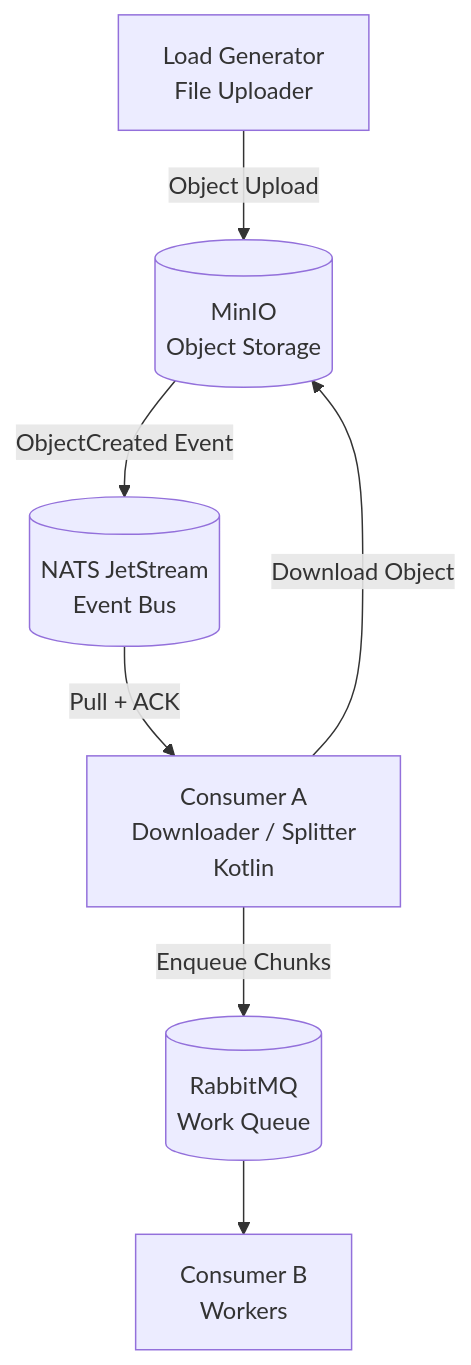
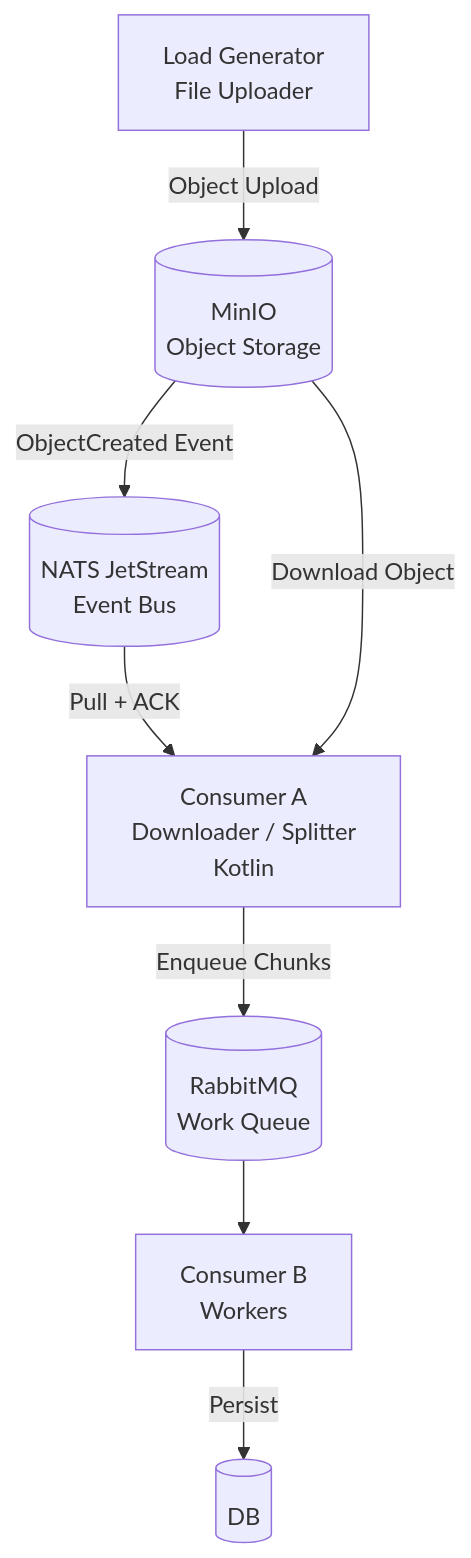
Before and after one commit to inuverse44/stock-clone: the diagram in docs/DFD.md, drawn with Mermaid. The commit also changed 1 other file, not shown here.

Commit message:
add: minio, natsの依存関係をconsumer-aに追加

````diff
--- a/docs/DFD.md
+++ b/docs/DFD.md
@@ -1,43 +1,49 @@
 ```mermaid
 flowchart TB
     %% =====================
     %% External Load
     %% =====================
     LG[Load Generator<br/>File Uploader]
 
     %% =====================
     %% Object Storage
     %% =====================
     MINIO[(MinIO<br/>Object Storage)]
 
     %% =====================
     %% Event Bus
     %% =====================
     NATS[(NATS JetStream<br/>Event Bus)]
 
     %% =====================
     %% Consumer
     %% =====================
     CA[Consumer A<br/>Downloader / Splitter<br/>Kotlin]
 
     %% =====================
     %% Message Queue
     %% =====================
     RMQ[(RabbitMQ<br/>Work Queue)]
 
     %% =====================
     %% Downstream Consumers
     %% =====================
     CB[Consumer B<br/>Workers]
 
     %% =====================
+    %% Downstream Consumers
+    %% =====================
+    DB[(DB)]
+
+    %% =====================
     %% Data Flow
     %% =====================
     LG -->|Object Upload| MINIO
     MINIO -->|ObjectCreated Event| NATS
     NATS -->|Pull + ACK| CA
-    CA -->|Download Object| MINIO
+    MINIO -->|Download Object| CA
     CA -->|Enqueue Chunks| RMQ
     RMQ --> CB
+    CB -->|Persist| DB
 
 ```
````
